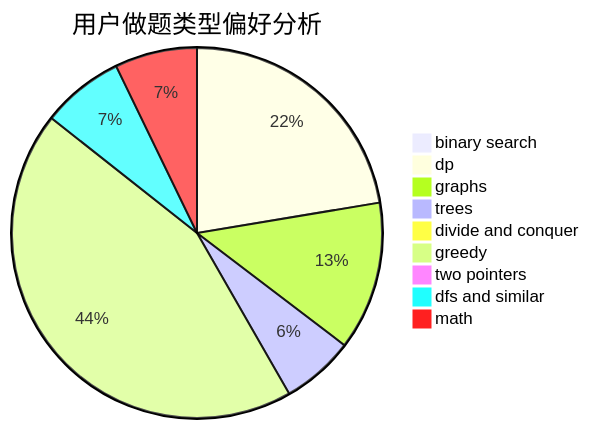
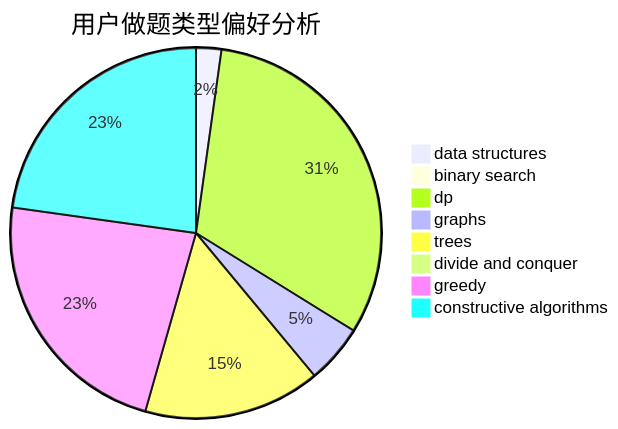
Before and after one commit to sherpahu/cfrs.github.io: the second of 3 diagrams in docs/user/u2563.md, drawn with Mermaid. The commit also changed other lines of this file and 2775 other files, not shown here.

````diff
--- a/docs/user/u2563.md
+++ b/docs/user/u2563.md
@@ -23,12 +23,11 @@
 ```mermaid
 pie title 用户做题类型偏好分析
+    "data structures" :  3
     "binary search" :  1
-    "dp" :  81
-    "graphs" :  47
-    "trees" :  23
-    "divide and conquer" :  2
-    "greedy" :  159
-    "two pointers" :  0
-    "dfs and similar" :  26
-    "math" :  26
+    "dp" :  43
+    "graphs" :  7
+    "trees" :  21
+    "divide and conquer" :  0
+    "greedy" :  31
+    "constructive algorithms" :  31
 ```
````
